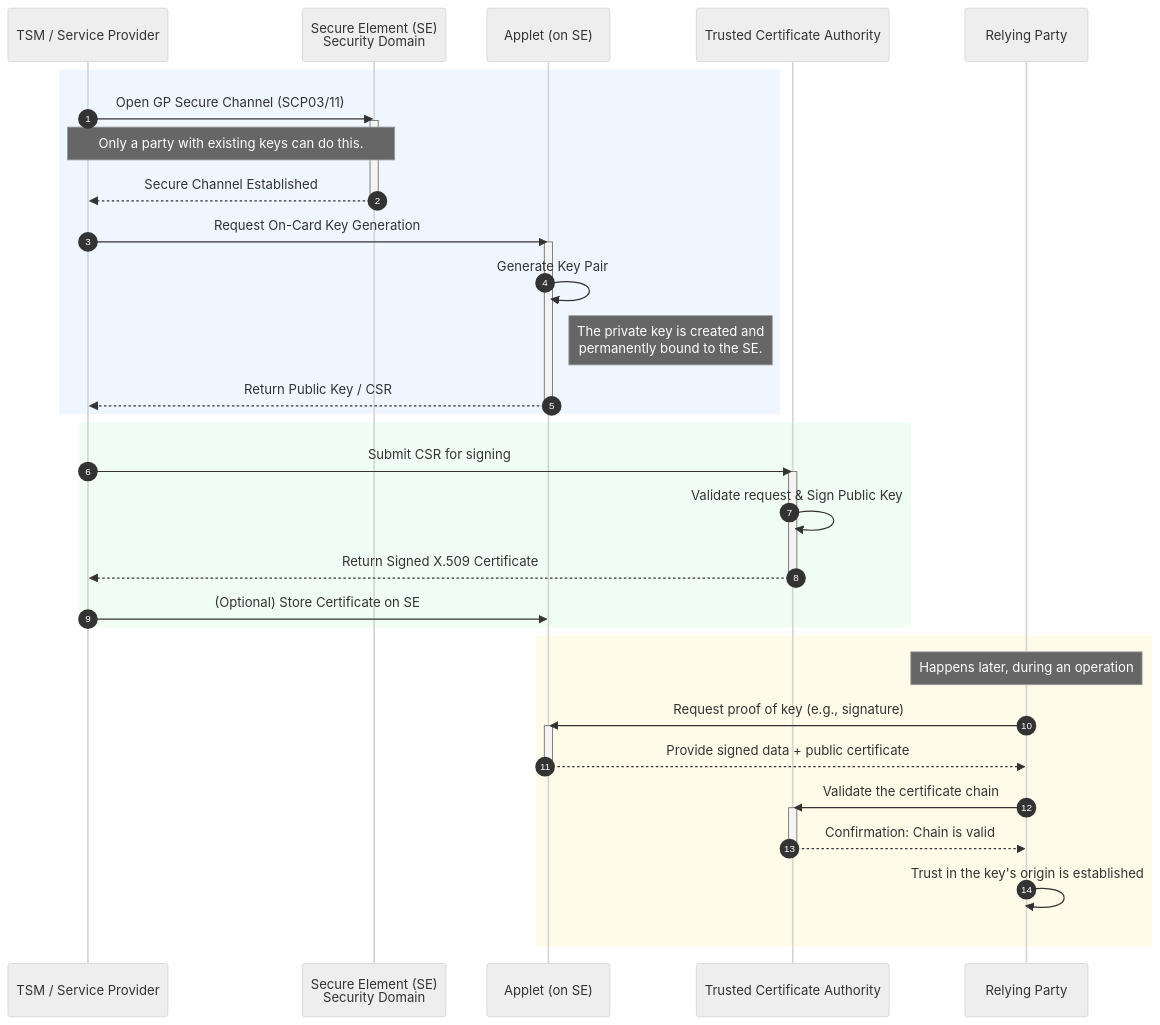
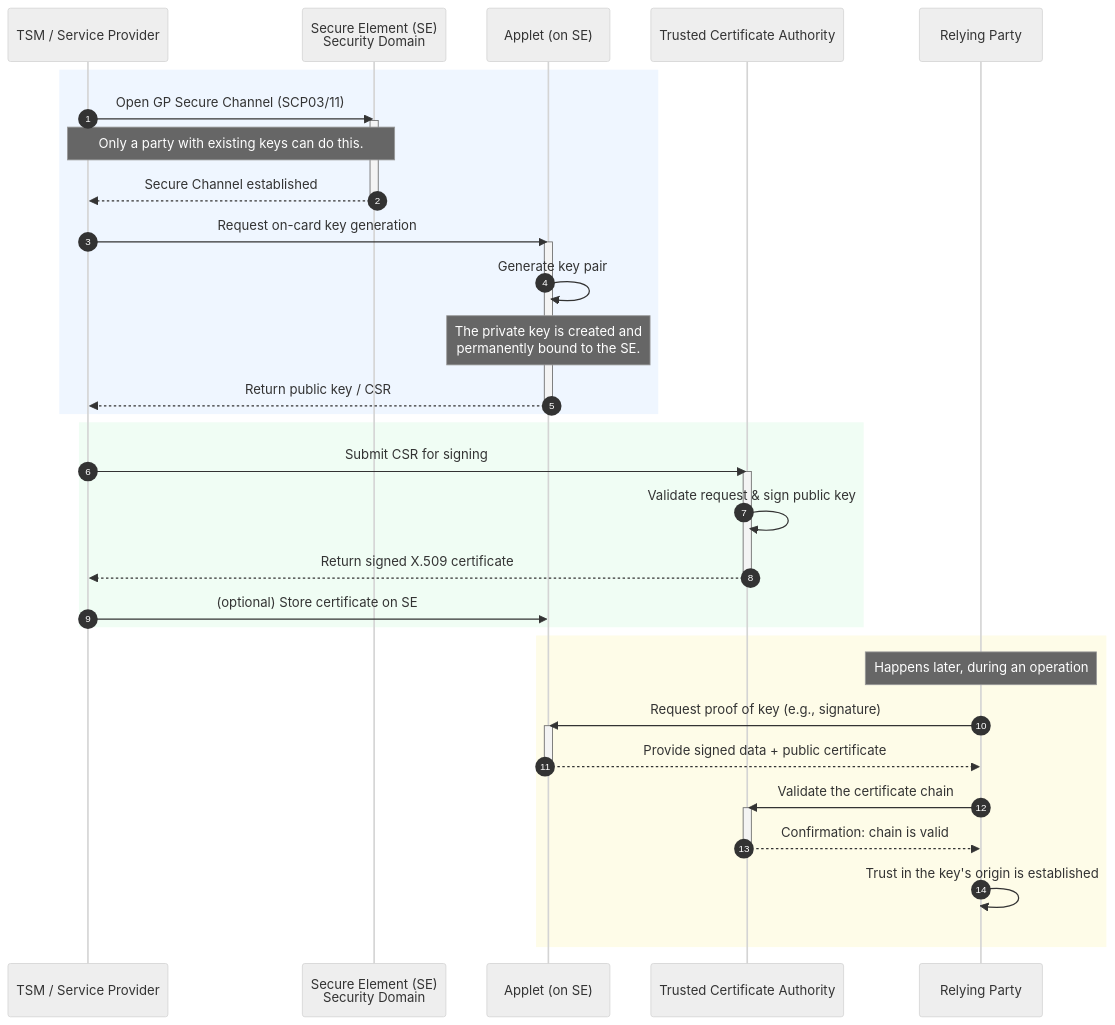
Before and after one commit to nnworkspace/presentations: the first of 4 diagrams in android_key_attestation.md, drawn with Mermaid (neutral theme). The commit also changed other lines of this file and 6 other files, not shown here.

````diff
--- a/android_key_attestation.md
+++ b/android_key_attestation.md
@@ -148,53 +148,53 @@
 ```mermaid
 sequenceDiagram
     autonumber
     participant TSM as TSM / Service Provider
     participant SE as Secure Element (SE)<br/>Security Domain
     participant Applet as Applet (on SE)
     participant CA as Trusted Certificate Authority
     participant RP as Relying Party
 
     %% -- 1. Secure Channel & Key Generation --
     rect rgb(239, 246, 255)
         TSM->>SE: Open GP Secure Channel (SCP03/11)
         activate SE
         note over TSM, SE: Only a party with existing keys can do this.
-        SE-->>TSM: Secure Channel Established
+        SE-->>TSM: Secure Channel established
         deactivate SE
 
-        TSM->>Applet: Request On-Card Key Generation
+        TSM->>Applet: Request on-card key generation
         activate Applet
-        Applet->>Applet: Generate Key Pair
-        note right of Applet: The private key is created and<br/>permanently bound to the SE.
-        Applet-->>TSM: Return Public Key / CSR
+        Applet->>Applet: Generate key pair
+        note over Applet: The private key is created and<br/>permanently bound to the SE.
+        Applet-->>TSM: Return public key / CSR
         deactivate Applet
     end
 
     %% -- 2. Certificate Issuance --
     rect rgb(240, 253, 244)
         TSM->>CA: Submit CSR for signing
         activate CA
-        CA->>CA: Validate request & Sign Public Key
-        CA-->>TSM: Return Signed X.509 Certificate
+        CA->>CA: Validate request & sign public key
+        CA-->>TSM: Return signed X.509 certificate
         deactivate CA
 
-        TSM->>Applet: (Optional) Store Certificate on SE
+        TSM->>Applet: (optional) Store certificate on SE
     end
 
 
     %% -- 3. Later Validation by a Relying Party --
     rect rgb(254, 252, 232)
         note over RP: Happens later, during an operation
         RP->>Applet: Request proof of key (e.g., signature)
         activate Applet
         Applet-->>RP: Provide signed data + public certificate
         deactivate Applet
 
         RP->>CA: Validate the certificate chain
         activate CA
-        CA-->>RP: Confirmation: Chain is valid
+        CA-->>RP: Confirmation: chain is valid
         deactivate CA
 
         RP->>RP: Trust in the key's origin is established
     end
 ```
````
